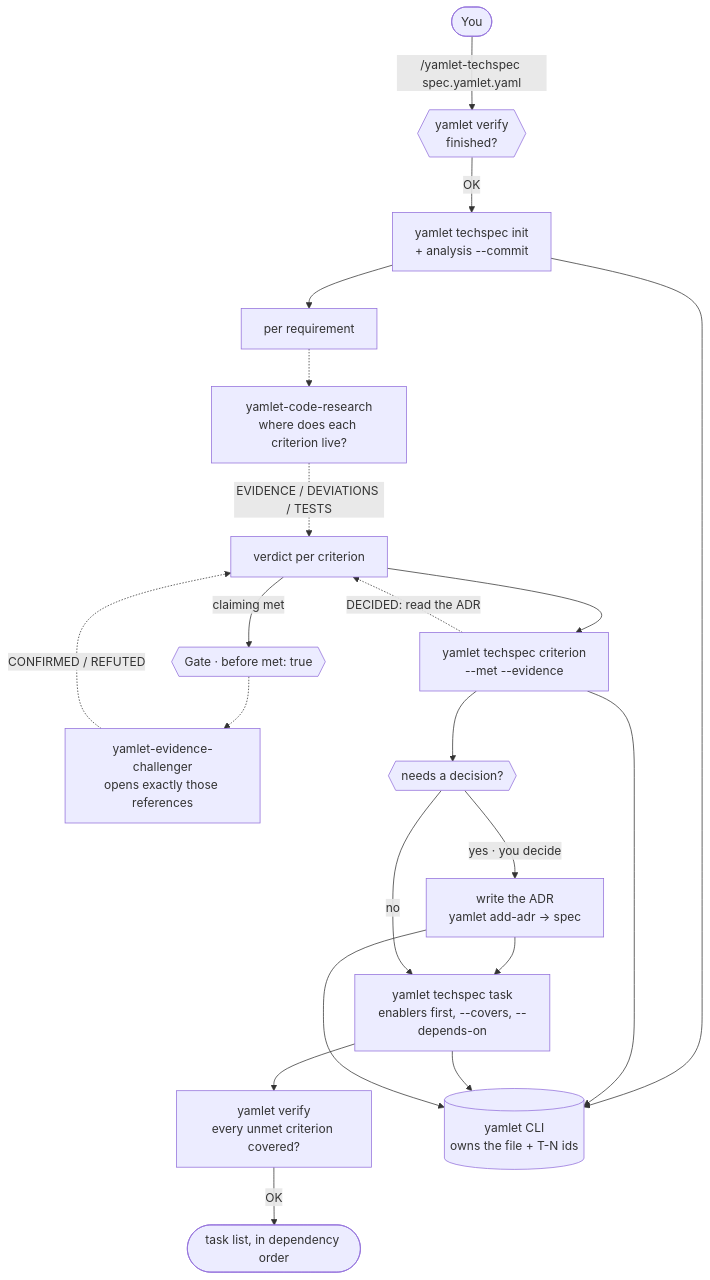
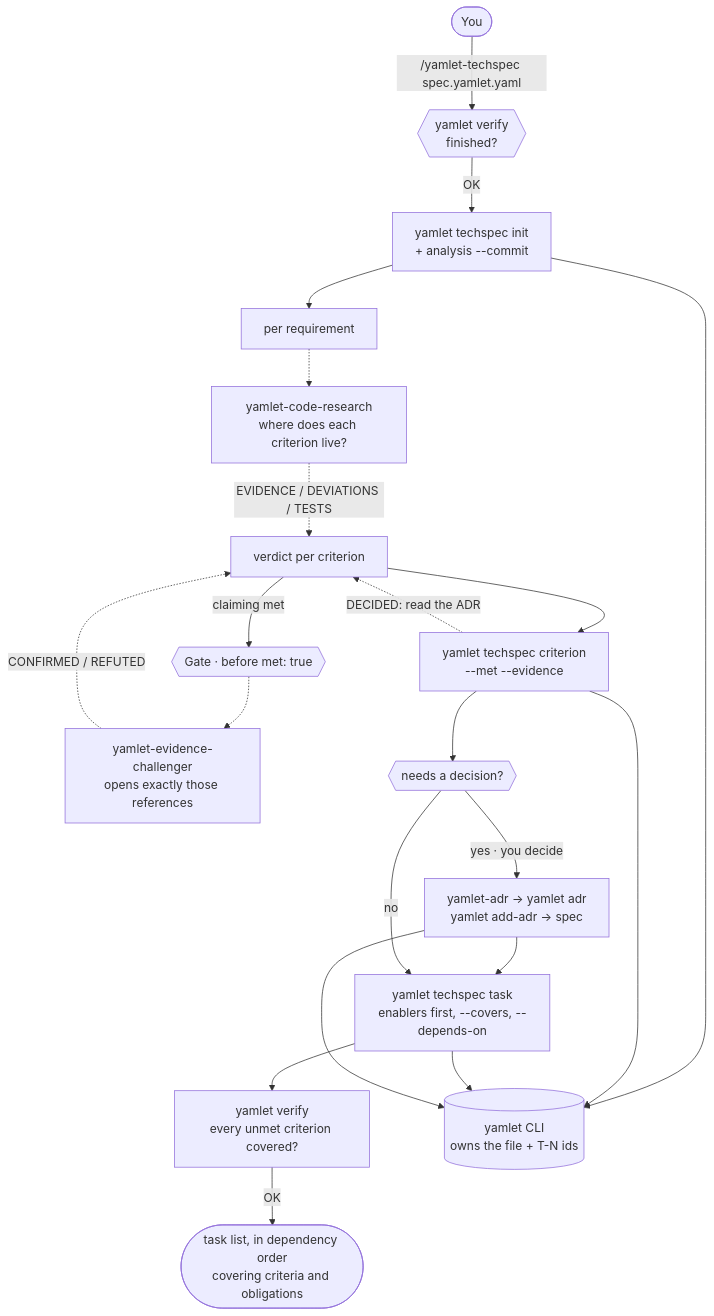
The second of 2 diagrams in README.md (RicardoMonteiroSimoes/Yamlet), drawn with Mermaid before and after one commit. The commit also changed other lines of this file and 9 other files, not shown here.

First line of the commit message:
Add the ADR skills, and route the tech spec's decision gate through them

````diff
--- a/README.md
+++ b/README.md
@@ -292,24 +292,24 @@
 ```mermaid
 flowchart TD
     U(["You"]) -->|"/yamlet-techspec spec.yamlet.yaml"| G0{{"yamlet verify<br/>finished?"}}
     G0 -->|"OK"| INIT["yamlet techspec init<br/>+ analysis --commit"]
     INIT --> RQ["per requirement"]
     RQ -.-> CR["yamlet-code-research<br/>where does each criterion live?"]
     CR -. "EVIDENCE / DEVIATIONS / TESTS" .-> VD["verdict per criterion"]
     VD -->|"claiming met"| G1{{"Gate · before met: true"}}
     G1 -.-> EC["yamlet-evidence-challenger<br/>opens exactly those references"]
     EC -. "CONFIRMED / REFUTED" .-> VD
     VD --> REC["yamlet techspec criterion<br/>--met --evidence"]
     REC -. "DECIDED: read the ADR" .-> VD
     REC --> G2{{"needs a decision?"}}
-    G2 -->|"yes · you decide"| ADR["write the ADR<br/>yamlet add-adr → spec"]
+    G2 -->|"yes · you decide"| ADR["yamlet-adr → yamlet adr<br/>yamlet add-adr → spec"]
     ADR --> TK
     G2 -->|"no"| TK["yamlet techspec task<br/>enablers first, --covers, --depends-on"]
     TK --> V["yamlet verify<br/>every unmet criterion covered?"]
-    V -->|"OK"| OUT(["task list, in dependency order"])
+    V -->|"OK"| OUT(["task list, in dependency order<br/>covering criteria and obligations"])
 
     INIT --> CLI[("yamlet CLI<br/>owns the file + T-N ids")]
     REC --> CLI
     TK --> CLI
     ADR --> CLI
 ```
````
